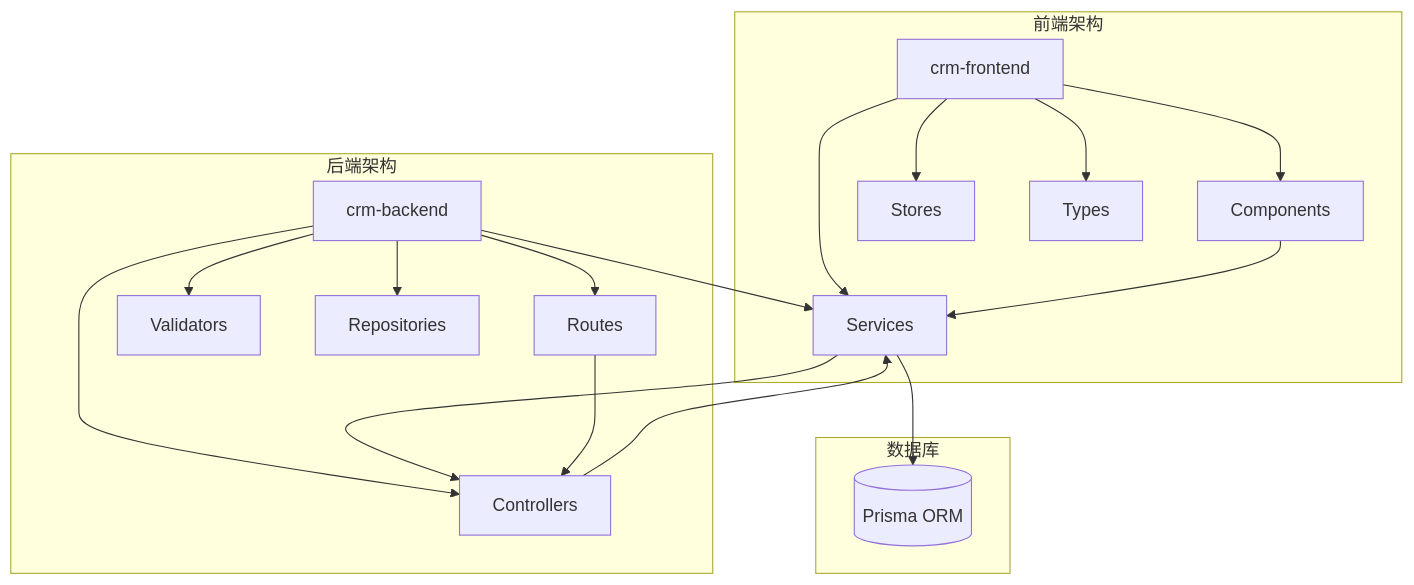
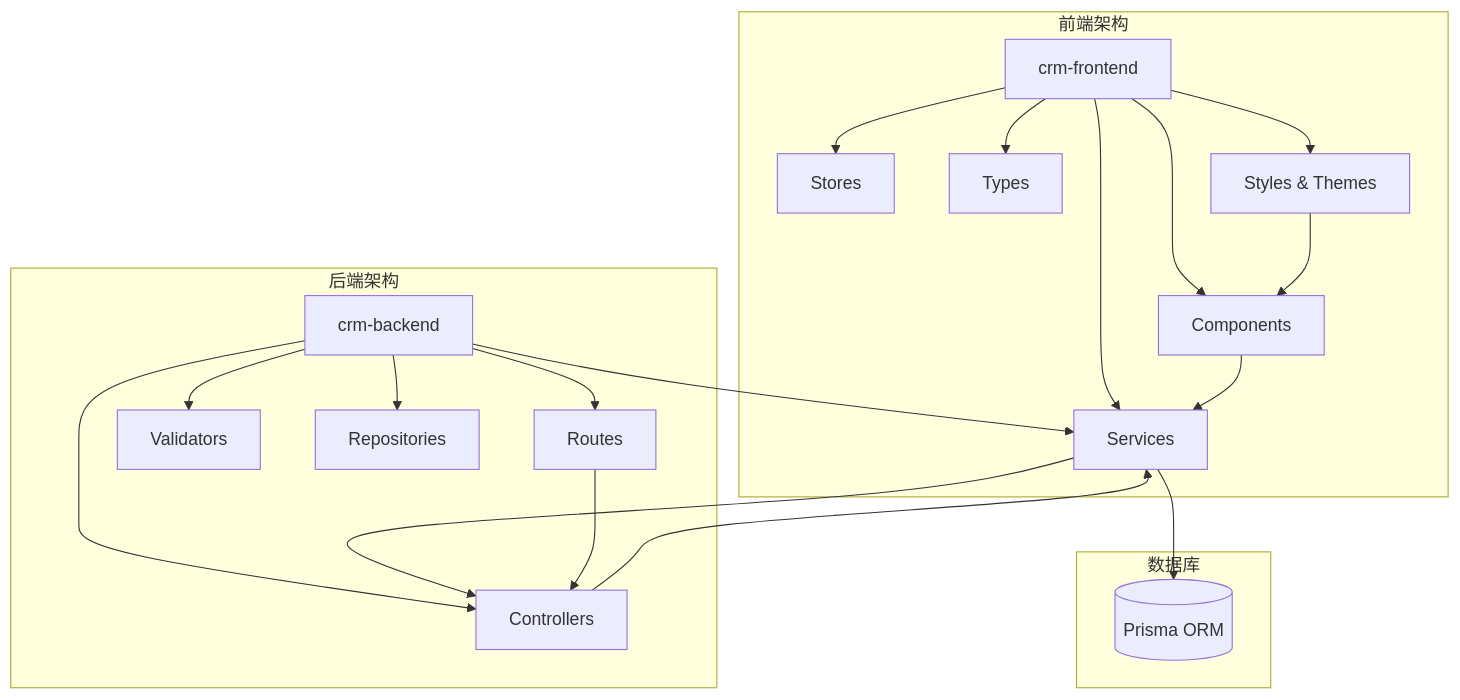
The first of 8 diagrams in .qoder/repowiki/zh/content/核心组件/客户创建模态框增强功能.md (xianjianshenqu/SalesFlow-CRM), drawn with Mermaid before and after one commit. The commit also changed other lines of this file and 11 other files, not shown here.

````diff
--- a/.qoder/repowiki/zh/content/核心组件/客户创建模态框增强功能.md
+++ b/.qoder/repowiki/zh/content/核心组件/客户创建模态框增强功能.md
@@ -43,35 +58,38 @@
 ```mermaid
 graph TB
 subgraph "前端架构"
 FE[crm-frontend]
 Components[Components]
 Services[Services]
 Stores[Stores]
 Types[Types]
+Styles[Styles & Themes]
 FE --> Components
 FE --> Services
 FE --> Stores
 FE --> Types
+FE --> Styles
 end
 subgraph "后端架构"
 BE[crm-backend]
 Controllers[Controllers]
 Services[Services]
 Routes[Routes]
 Validators[Validators]
 Repositories[Repositories]
 BE --> Controllers
 BE --> Services
 BE --> Routes
 BE --> Validators
 BE --> Repositories
 end
 subgraph "数据库"
 DB[(Prisma ORM)]
 end
 Components --> Services
 Services --> Controllers
 Controllers --> Services
 Services --> DB
 Routes --> Controllers
+Styles --> Components
 ```
````
